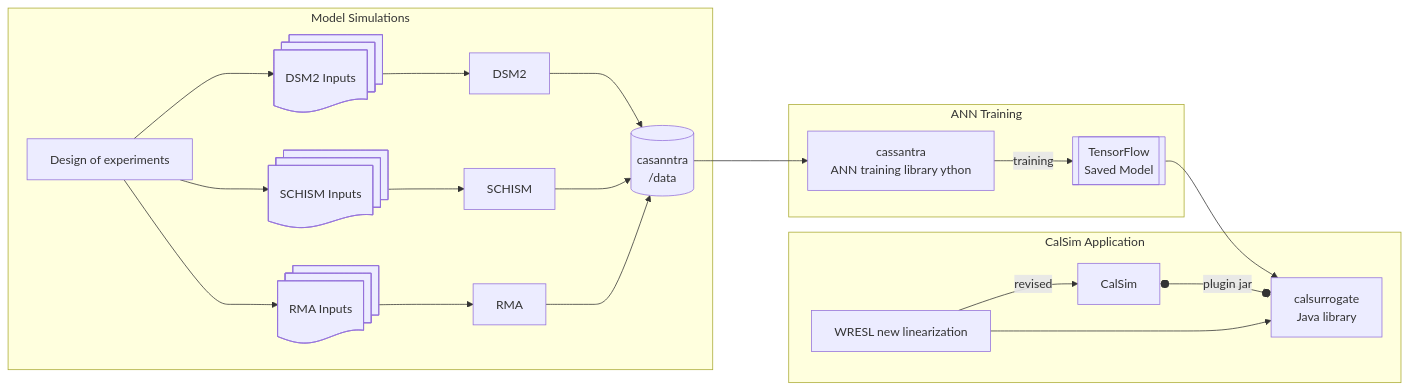
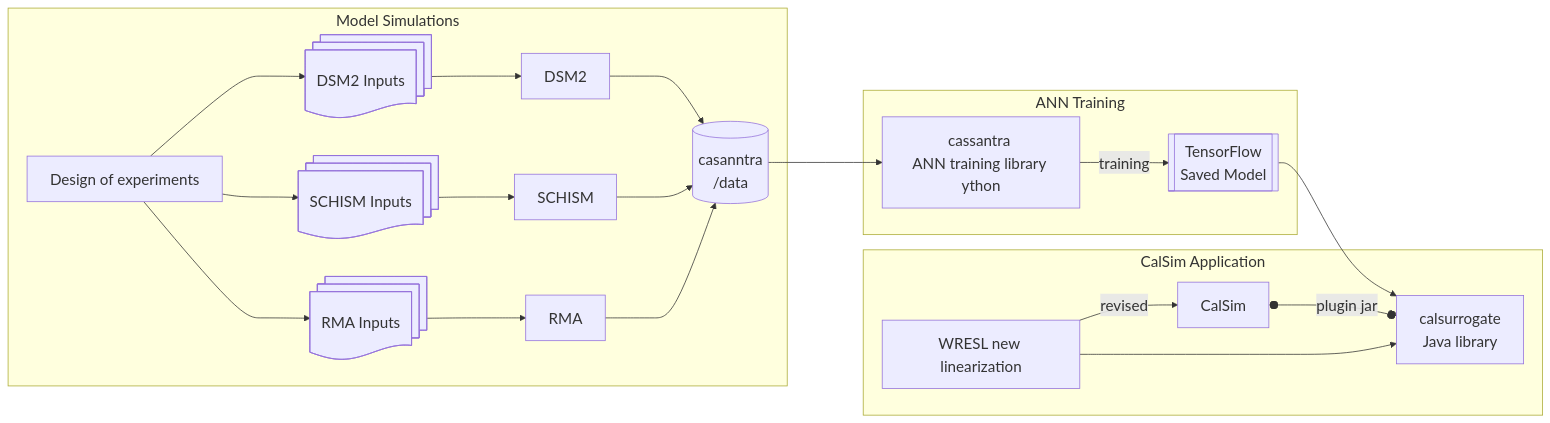
One commit to CADWRDeltaModeling/calsurrogate changed the diagram in README.md. Above: the diagram before and after it, drawn with Mermaid. The commit also changed other lines of this file, not shown here.

````diff
--- a/README.md
+++ b/README.md
@@ -6,29 +6,30 @@
 ```mermaid
 
+%%{init: { "themeVariables": { "fontSize": "20px" } }}%%
 flowchart LR
     subgraph Model Simulations 
     doe[Design of experiments] ---> indsm2@{ shape: docs, label: "DSM2 Inputs"}
 	doe ---> inschism@{shape: docs, label: "SCHISM Inputs"}
 	doe ---> inrma@{shape: docs, label: "RMA Inputs"}
     indsm2 ---> dsm2[DSM2]
     inschism ---> schism[SCHISM]
     inrma ---> rma[RMA]
 	dsm2 ---> cassdata@{shape: cyl, label: "casanntra\n/data"}
 	schism --->cassdata
 	rma ---> cassdata
     end
 
     subgraph ANN Training
     cassdata ---> casanntra@{shape: rect, label: "cassantra \nANN training library\Python"}
     casanntra --training--> tf[[TensorFlow 
                      Saved Model]]
     end
 
     subgraph CalSim Application
     tf --> calsur@{shape: rect, label: "calsurrogate\nJava library"}
     wresl[WRESL new linearization] --revised--> CalSim
     CalSim o--plugin jar--o calsur
     wresl ---> calsur
     end
 
 ```	
````
